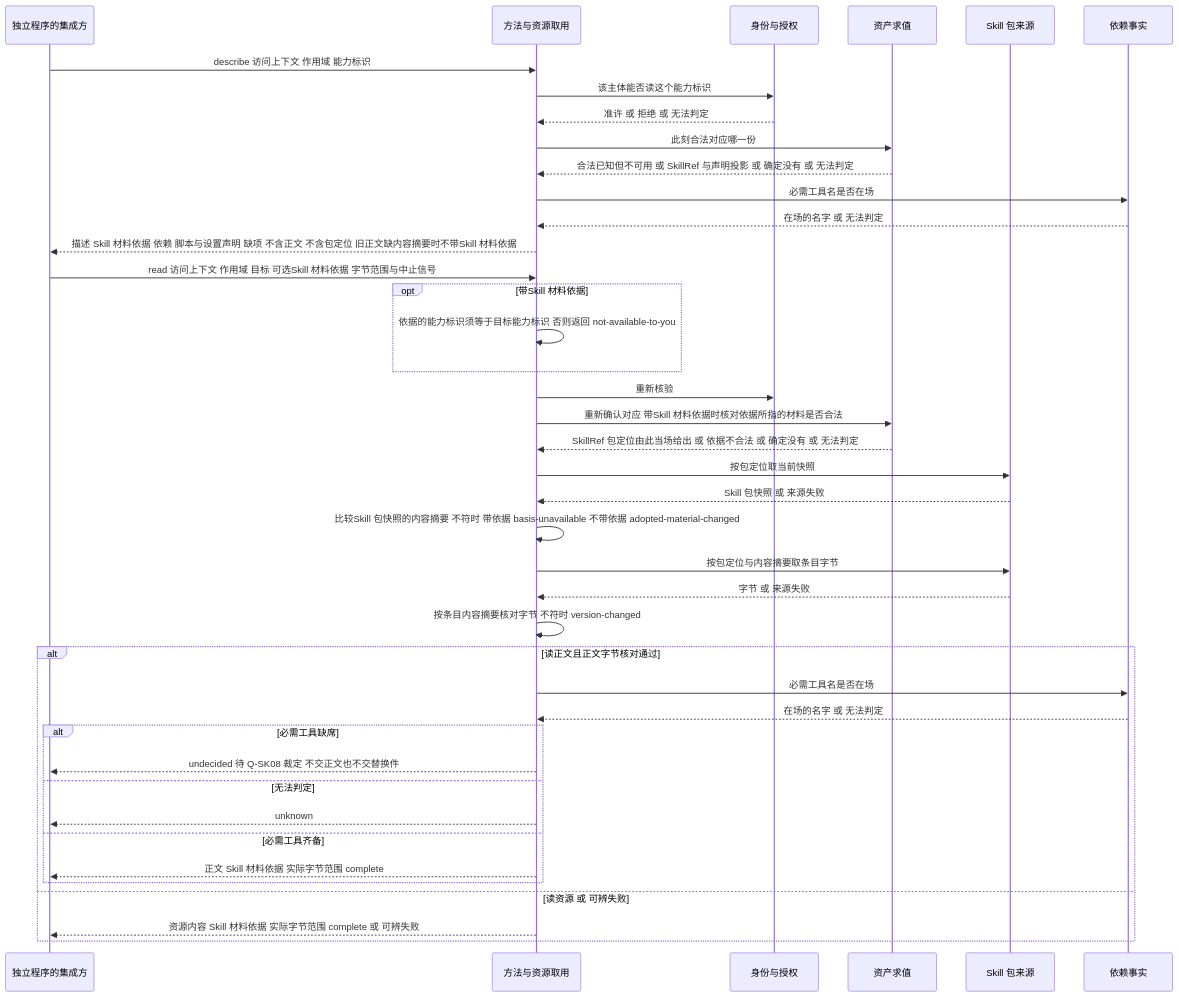
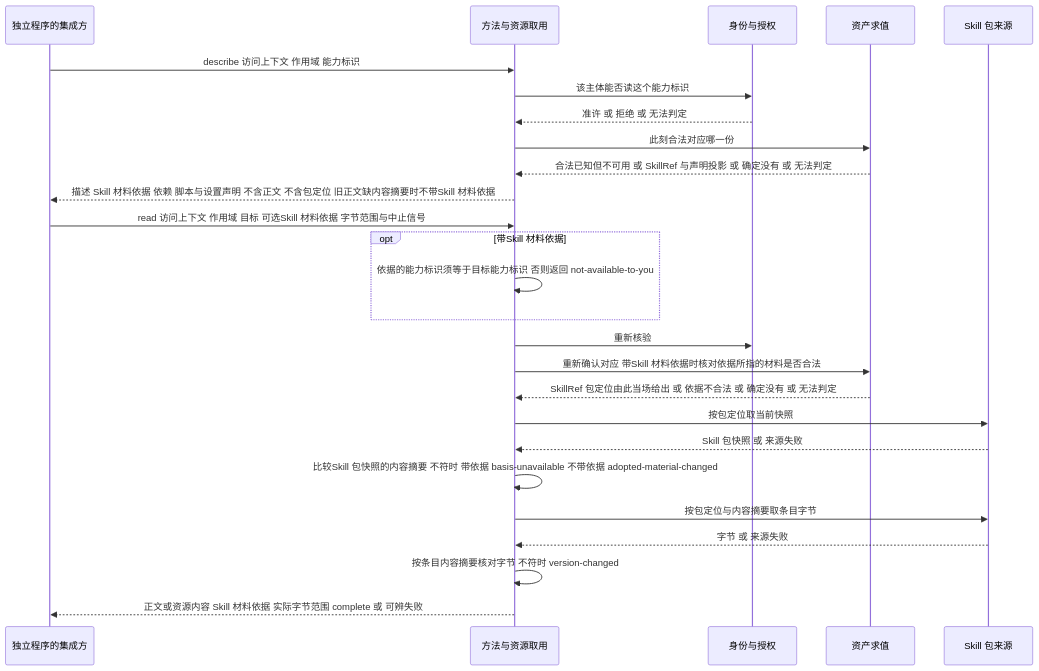
The second of 4 diagrams in docs/domains/skills/key-flows.md (nemori-ai/omne-harness-lite), drawn with Mermaid before and after one commit. The commit also changed other lines of this file and 3 other files, not shown here.

````diff
--- a/docs/domains/skills/key-flows.md
+++ b/docs/domains/skills/key-flows.md
@@ -43,43 +39,28 @@
 ```mermaid
 sequenceDiagram
   participant P as 独立程序的集成方
   participant A as 方法与资源取用
   participant I as 身份与授权
   participant R as 资产求值
   participant S as Skill 包来源
-  participant F as 依赖事实
   P->>A: describe 访问上下文 作用域 能力标识
   A->>I: 该主体能否读这个能力标识
   I-->>A: 准许 或 拒绝 或 无法判定
   A->>R: 此刻合法对应哪一份
   R-->>A: 合法已知但不可用 或 SkillRef 与声明投影 或 确定没有 或 无法判定
-  A->>F: 必需工具名是否在场
-  F-->>A: 在场的名字 或 无法判定
-  A-->>P: 描述 Skill 材料依据 依赖 脚本与设置声明 缺项 不含正文 不含包定位 旧正文缺内容摘要时不带Skill 材料依据
+  A-->>P: 描述 Skill 材料依据 依赖 脚本与设置声明 不含正文 不含包定位 旧正文缺内容摘要时不带Skill 材料依据
   P->>A: read 访问上下文 作用域 目标 可选Skill 材料依据 字节范围与中止信号
   opt 带Skill 材料依据
     A->>A: 依据的能力标识须等于目标能力标识 否则返回 not-available-to-you
   end
   A->>I: 重新核验
   A->>R: 重新确认对应 带Skill 材料依据时核对依据所指的材料是否合法
   R-->>A: SkillRef 包定位由此当场给出 或 依据不合法 或 确定没有 或 无法判定
   A->>S: 按包定位取当前快照
   S-->>A: Skill 包快照 或 来源失败
   A->>A: 比较Skill 包快照的内容摘要 不符时 带依据 basis-unavailable 不带依据 adopted-material-changed
   A->>S: 按包定位与内容摘要取条目字节
   S-->>A: 字节 或 来源失败
   A->>A: 按条目内容摘要核对字节 不符时 version-changed
-  alt 读正文且正文字节核对通过
-    A->>F: 必需工具名是否在场
-    F-->>A: 在场的名字 或 无法判定
-    alt 必需工具缺席
-      A-->>P: undecided 待 Q-SK08 裁定 不交正文也不交替换件
-    else 无法判定
-      A-->>P: unknown
-    else 必需工具齐备
-      A-->>P: 正文 Skill 材料依据 实际字节范围 complete
-    end
-  else 读资源 或 可辨失败
-    A-->>P: 资源内容 Skill 材料依据 实际字节范围 complete 或 可辨失败
-  end
+  A-->>P: 正文或资源内容 Skill 材料依据 实际字节范围 complete 或 可辨失败
 ```
````
